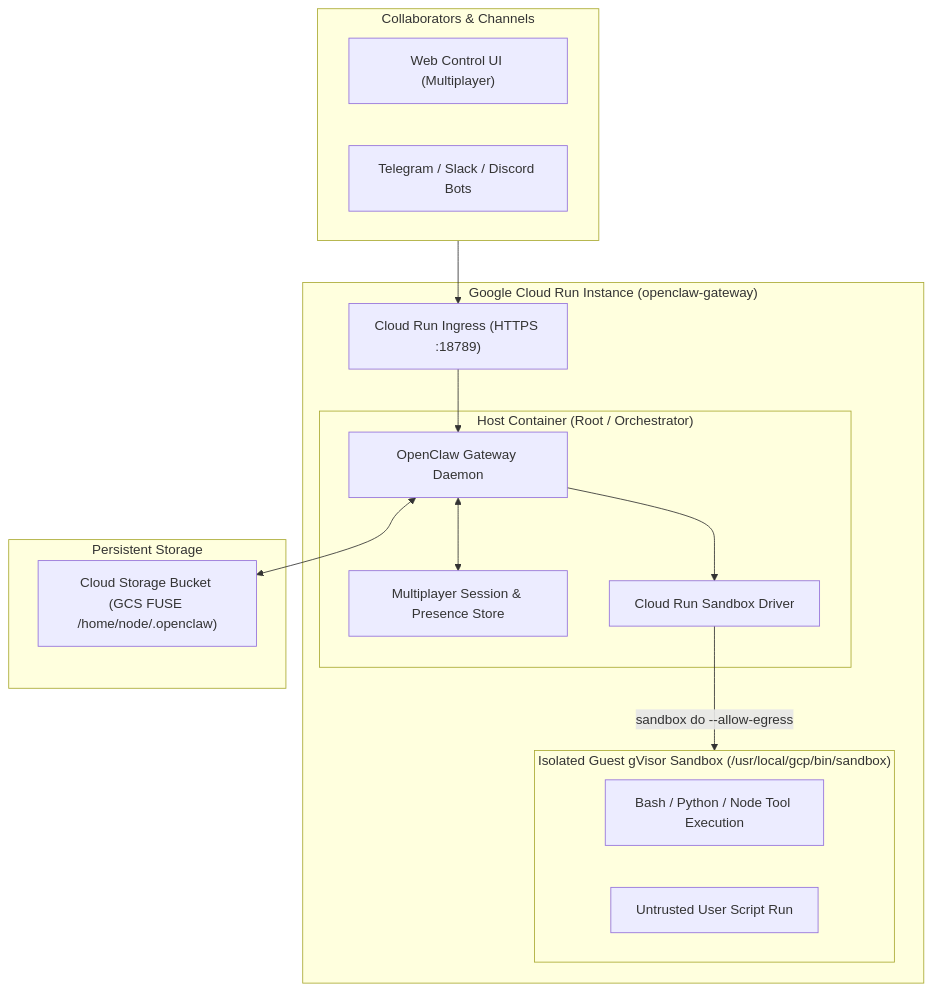
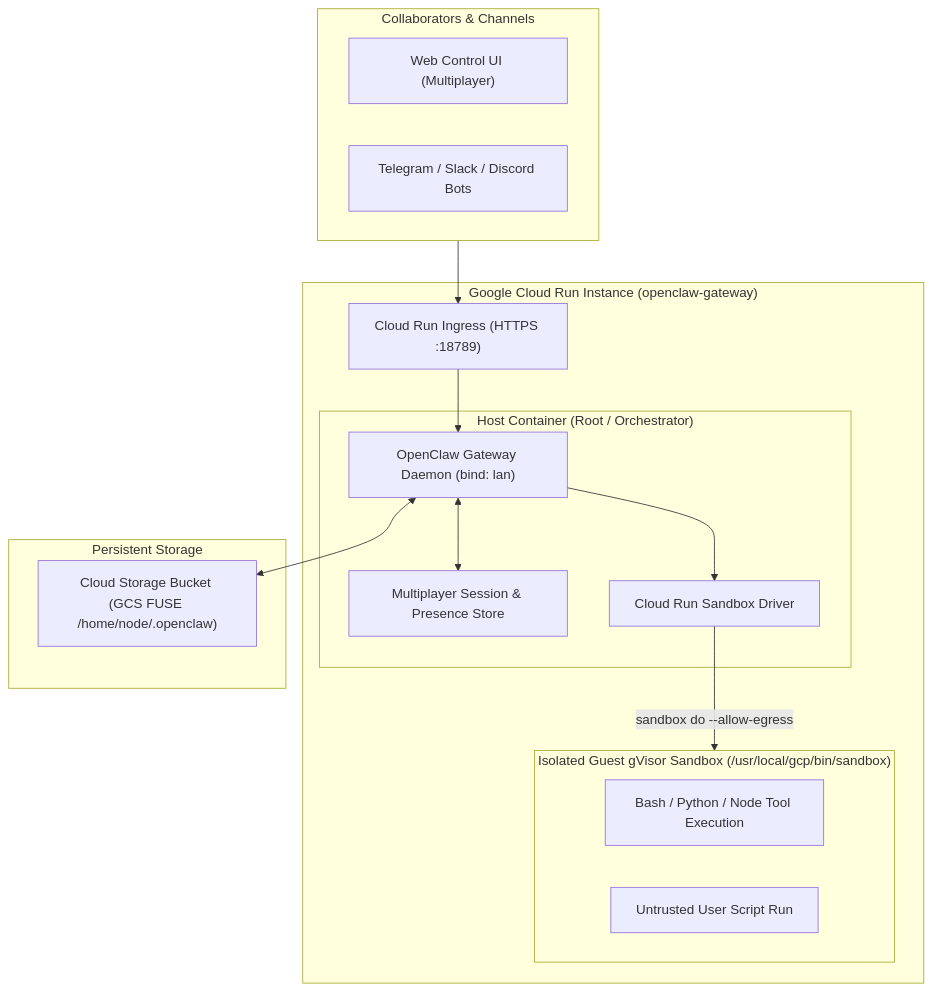
The diagram in rfcs/0031-cloud-run-hosting-and-sandboxes.md (ryanpei/rfcs), drawn with Mermaid before and after one commit. The commit also changed other lines of this file, not shown here.

Commit message:
docs(rfc): align SandboxBackendHandle interface, add OPENCLAW_GATEWAY_BIND=lan, and preserve image activation in entrypoint shim

````diff
--- a/rfcs/0031-cloud-run-hosting-and-sandboxes.md
+++ b/rfcs/0031-cloud-run-hosting-and-sandboxes.md
@@ -80,33 +80,33 @@
 ```mermaid
 flowchart TD
     subgraph Clients ["Collaborators & Channels"]
         WebUI["Web Control UI (Multiplayer)"]
         ChatBots["Telegram / Slack / Discord Bots"]
     end
 
     subgraph CloudRun ["Google Cloud Run Instance (openclaw-gateway)"]
         Ingress["Cloud Run Ingress (HTTPS :18789)"]
         
         subgraph HostContainer ["Host Container (Root / Orchestrator)"]
-            Gateway["OpenClaw Gateway Daemon"]
+            Gateway["OpenClaw Gateway Daemon (bind: lan)"]
             Multiplayer["Multiplayer Session & Presence Store"]
             SBXDriver["Cloud Run Sandbox Driver"]
         end
 
         subgraph GuestSandbox ["Isolated Guest gVisor Sandbox (/usr/local/gcp/bin/sandbox)"]
             AgentTools["Bash / Python / Node Tool Execution"]
             UserCode["Untrusted User Script Run"]
         end
     end
 
     subgraph Storage ["Persistent Storage"]
         GCS["Cloud Storage Bucket (GCS FUSE /home/node/.openclaw)"]
     end
 
     Clients --> Ingress
     Ingress --> Gateway
     Gateway <--> Multiplayer
     Gateway --> SBXDriver
     SBXDriver -- "sandbox do --allow-egress" --> GuestSandbox
     Gateway <--> GCS
 ```
````
